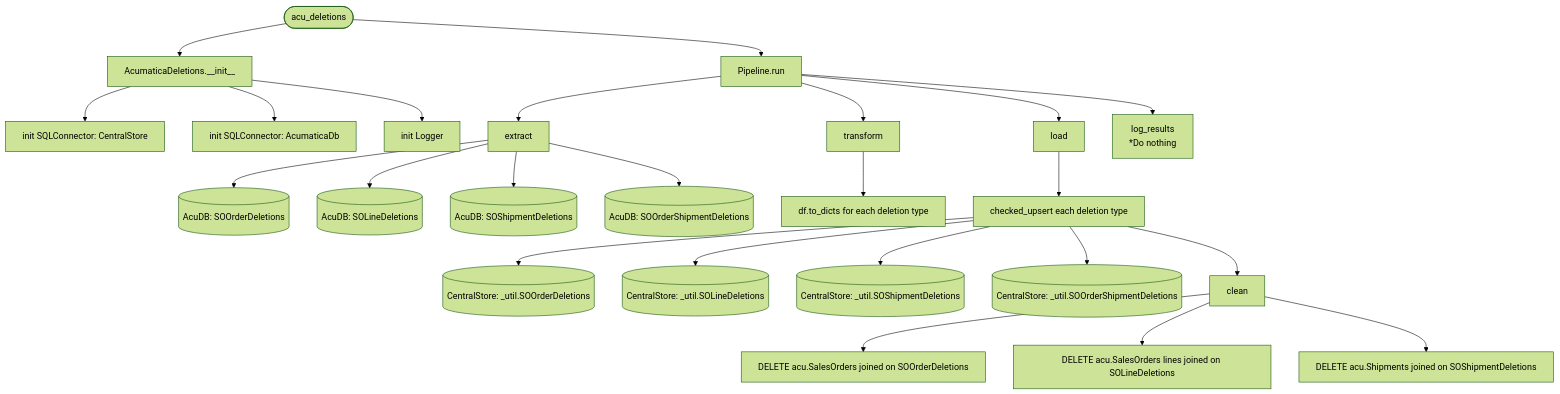
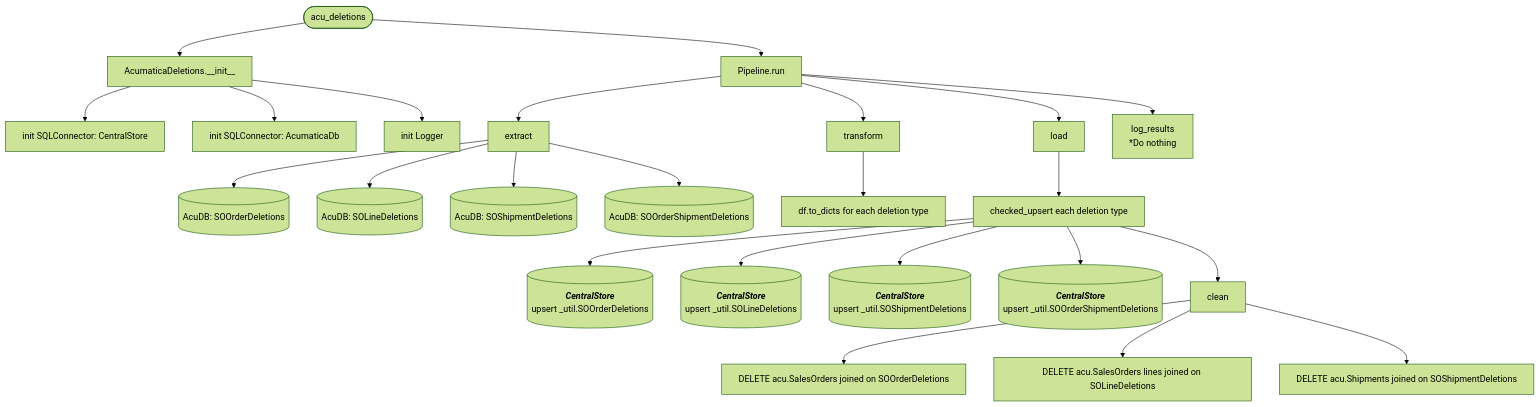
One commit to journeyhl/integration-platform changed the diagram in docs/pipelines/acu_deletions.md. Above: the diagram before and after it, drawn with Mermaid (forest theme). The commit also changed 25 other files, not shown here.

````diff
--- a/docs/pipelines/acu_deletions.md
+++ b/docs/pipelines/acu_deletions.md
@@ -1,32 +1,44 @@
 ```mermaid
 %%{init: {"flowchart": {"wrappingWidth": 400}}}%%
 flowchart TD
     A([acu_deletions]) --> B[AcumaticaDeletions.__init__]
     B --> B1[init SQLConnector: CentralStore]
     B --> B2[init SQLConnector: AcumaticaDb]
     B --> B3[init Logger]
     
     A --> RUN[Pipeline.run]
 
     RUN --> EX[extract]
     EX --> D1[(AcuDB: SOOrderDeletions)]
     EX --> D2[(AcuDB: SOLineDeletions)]
     EX --> D3[(AcuDB: SOShipmentDeletions)]
     EX --> D4[(AcuDB: SOOrderShipmentDeletions)]
 
     RUN --> TR[transform]
     TR --> T1[df.to_dicts for each deletion type]
 
     RUN --> LD[load]
     LD --> LS[checked_upsert each deletion type]
-    LS --> CS1[(CentralStore: _util.SOOrderDeletions)]
-    LS --> CS2[(CentralStore: _util.SOLineDeletions)]
-    LS --> CS3[(CentralStore: _util.SOShipmentDeletions)]
-    LS --> CS4[(CentralStore: _util.SOOrderShipmentDeletions)]
+    LS --> CS1[(
+        <b><i>CentralStore</i></b>
+        upsert _util.SOOrderDeletions
+    )]
+    LS --> CS2[(
+        <b><i>CentralStore</i></b>
+        upsert _util.SOLineDeletions
+    )]
+    LS --> CS3[(
+        <b><i>CentralStore</i></b>
+        upsert _util.SOShipmentDeletions
+    )]
+    LS --> CS4[(
+        <b><i>CentralStore</i></b>
+        upsert _util.SOOrderShipmentDeletions
+    )]
     LS --> CL[clean]
     CL --> CL1[DELETE acu.SalesOrders joined on SOOrderDeletions]
     CL --> CL2[DELETE acu.SalesOrders lines joined on SOLineDeletions]
     CL --> CL3[DELETE acu.Shipments joined on SOShipmentDeletions]
 
     RUN --> LR[log_results<br/>*Do nothing]
 ```
````
